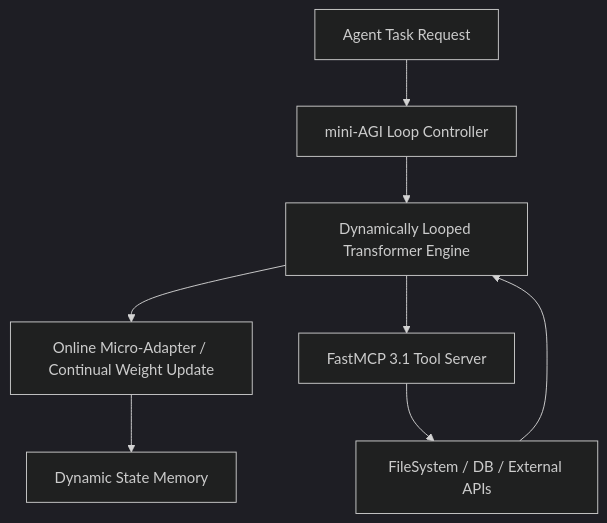
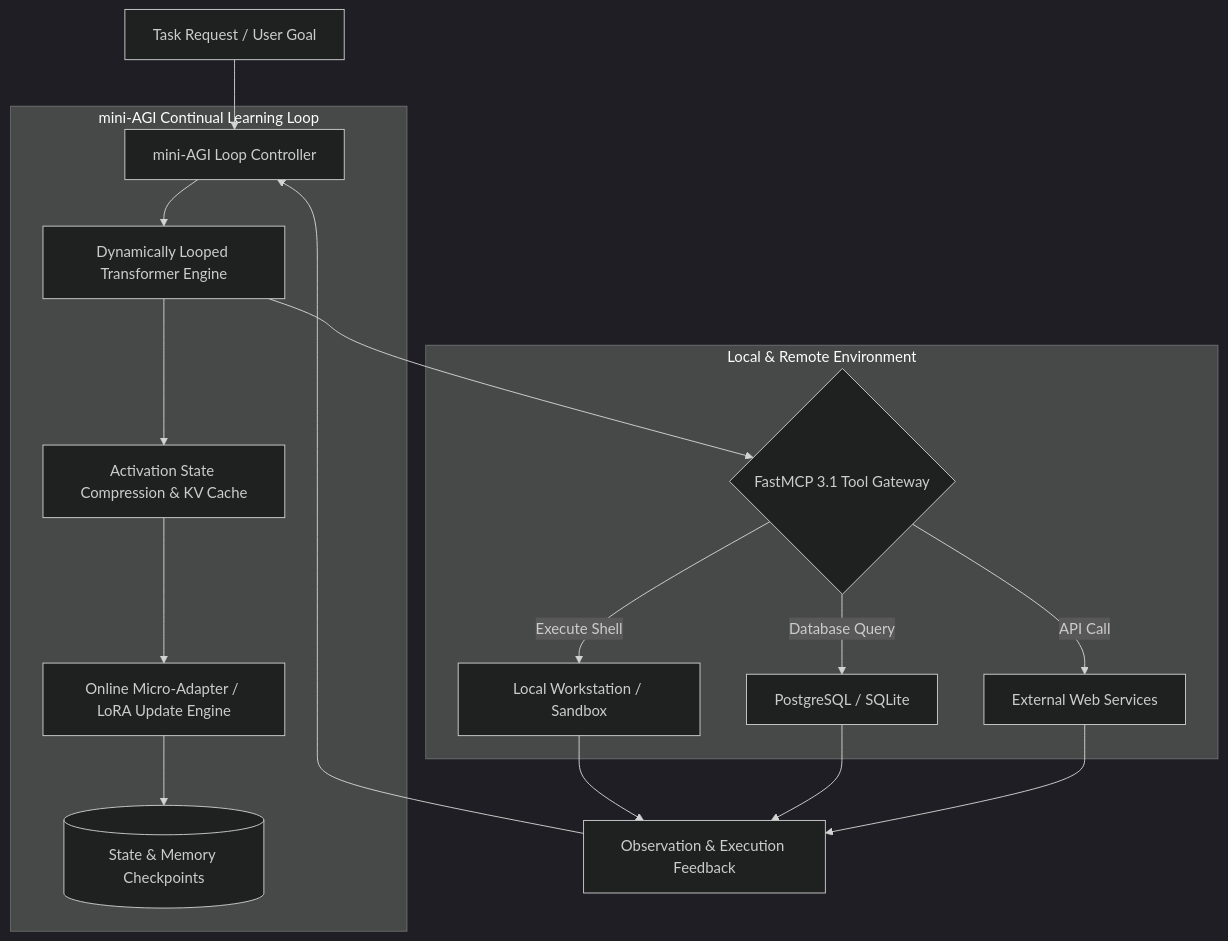
One commit to joanmarcriera/Home-office-automations changed the diagram in docs/tools/frameworks/mini-agi.md. Above: the diagram before and after it, drawn with Mermaid (dark theme). The commit also changed other lines of this file and 6 other files, not shown here.

````diff
--- a/docs/tools/frameworks/mini-agi.md
+++ b/docs/tools/frameworks/mini-agi.md
@@ -12,10 +19,25 @@
 ```mermaid
 graph TD
-    User[Agent Task Request] --> Control[mini-AGI Loop Controller]
-    Control --> Transformer[Dynamically Looped Transformer Engine]
-    Transformer --> Adapt[Online Micro-Adapter / Continual Weight Update]
-    Transformer --> MCP[FastMCP 3.1 Tool Server]
-    MCP --> Environment[FileSystem / DB / External APIs]
-    Environment --> Transformer
-    Adapt --> Memory[Dynamic State Memory]
+    User[Task Request / User Goal] --> LoopControl[mini-AGI Loop Controller]
+
+    subgraph CoreEngine [mini-AGI Continual Learning Loop]
+        LoopControl --> Transformer[Dynamically Looped Transformer Engine]
+        Transformer --> Activation[Activation State Compression & KV Cache]
+        Activation --> MicroAdapter[Online Micro-Adapter / LoRA Update Engine]
+        MicroAdapter --> Checkpoint[(State & Memory Checkpoints)]
+    end
+
+    Transformer --> ToolRouter{FastMCP 3.1 Tool Gateway}
+
+    subgraph ToolEnvironment [Local & Remote Environment]
+        ToolRouter -->|Execute Shell| Shell[Local Workstation / Sandbox]
+        ToolRouter -->|Database Query| DB[PostgreSQL / SQLite]
+        ToolRouter -->|API Call| ExternalAPI[External Web Services]
+    end
+
+    Shell --> Observation[Observation & Execution Feedback]
+    DB --> Observation
+    ExternalAPI --> Observation
+
+    Observation --> LoopControl
 ```
````
